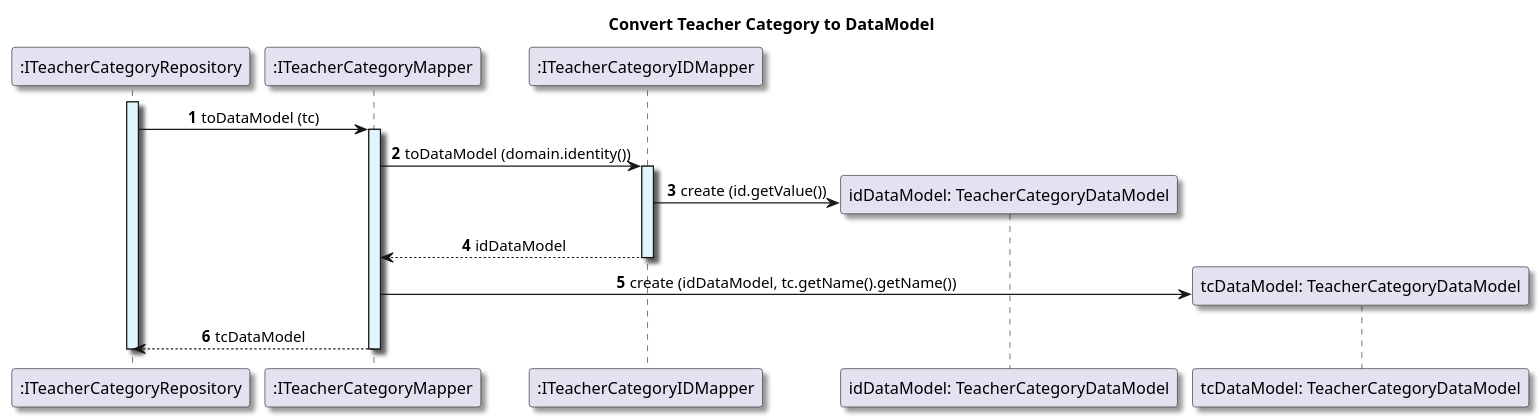
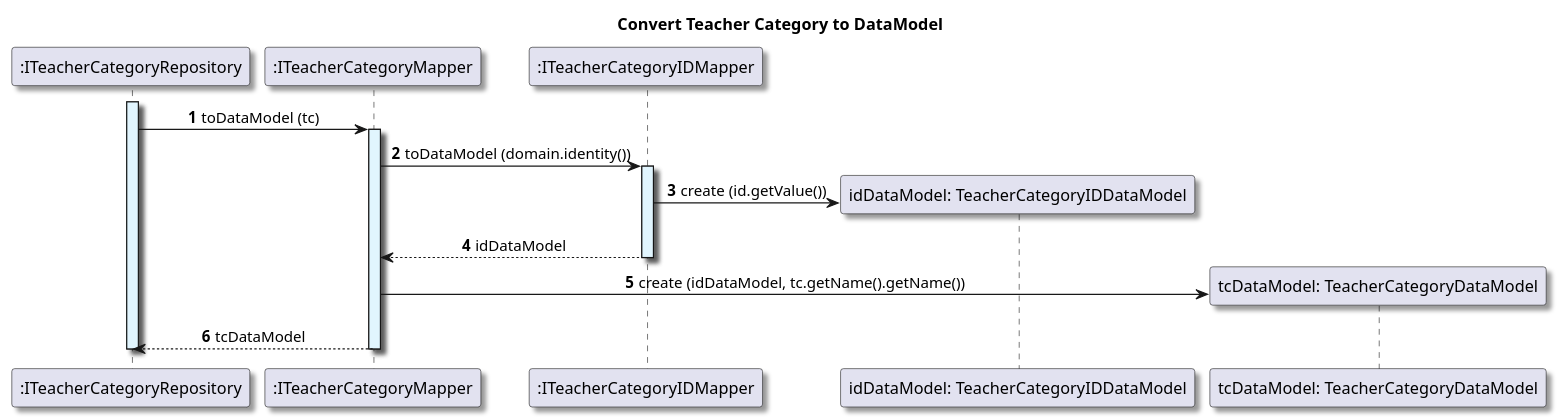
One commit to GasparISEP/DevOps-PAI changed the diagram in docs/US01/Sprint6_RestAPI/ScenarioView/References/US01_convertTeacherCategoryToDataModel.puml. Above: the diagram before and after it, drawn with PlantUML. The commit also changed 5 other files, not shown here.

Commit message:
docs (scenarioView): minor adjustments to Level 1, 2 and 3 for configureTeacherCategory #675 #713

```diff
--- a/docs/US01/Sprint6_RestAPI/ScenarioView/References/US01_convertTeacherCategoryToDataModel.puml
+++ b/docs/US01/Sprint6_RestAPI/ScenarioView/References/US01_convertTeacherCategoryToDataModel.puml
@@ -1,37 +1,37 @@
 @startuml
 
 title Convert Teacher Category to DataModel
 
 autonumber
 skinparam {
   ActivityPadding 2
   ActivityMargin 2
   BoxPadding 2
 }
 skinparam defaultTextAlignment center
 skinparam shadowing true
 
 participant ":ITeacherCategoryRepository" as ITeacherCategoryRepository
 activate ITeacherCategoryRepository #E1F5FE
 participant ":ITeacherCategoryMapper" as tcMapper
 ITeacherCategoryRepository -> tcMapper: toDataModel (tc)
 activate tcMapper #E1F5FE
 
 participant ":ITeacherCategoryIDMapper" as tcIDMapper
 tcMapper -> tcIDMapper: toDataModel (domain.identity())
 
 activate tcIDMapper #E1F5FE
-create "idDataModel: TeacherCategoryDataModel"
-tcIDMapper -> "idDataModel: TeacherCategoryDataModel": create (id.getValue())
+create "idDataModel: TeacherCategoryIDDataModel"
+tcIDMapper -> "idDataModel: TeacherCategoryIDDataModel": create (id.getValue())
 
 tcIDMapper --> tcMapper: idDataModel
 deactivate tcIDMapper
 
 create "tcDataModel: TeacherCategoryDataModel"
 tcMapper -> "tcDataModel: TeacherCategoryDataModel": create (idDataModel, tc.getName().getName())
 
 tcMapper --> ITeacherCategoryRepository: tcDataModel
 deactivate tcMapper
 deactivate ITeacherCategoryRepository
 
 @enduml
```
